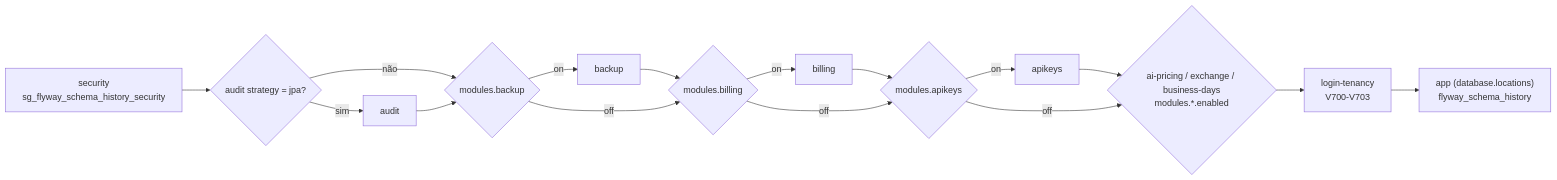
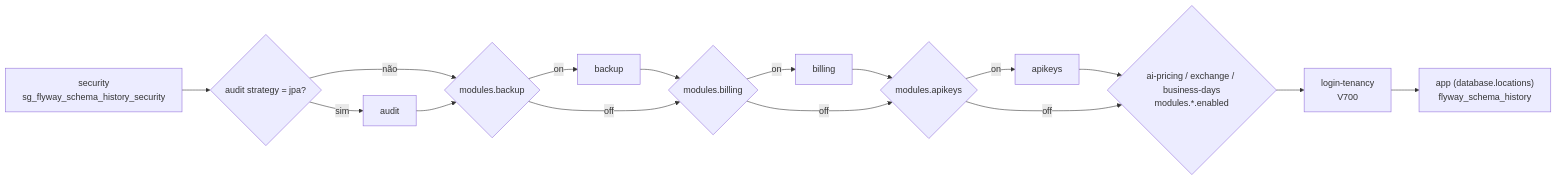
The diagram in seedgridKB/SeedGrid/Extensions/login-tenancy/Visao-geral.md (SeedGrid/seedgrid-ai), drawn with Mermaid before and after one commit. The commit also changed other lines of this file and 26 other files, not shown here.

````diff
--- a/seedgridKB/SeedGrid/Extensions/login-tenancy/Visao-geral.md
+++ b/seedgridKB/SeedGrid/Extensions/login-tenancy/Visao-geral.md
@@ -60,14 +60,14 @@
 ```mermaid
 flowchart LR
     S[security<br/>sg_flyway_schema_history_security] --> A{audit strategy = jpa?}
     A -- sim --> AU[audit]
     A -- não --> B
     AU --> B{modules.backup}
     B -- on --> BK[backup] --> BI
     B -- off --> BI{modules.billing}
     BI -- on --> BL[billing] --> AK
     BI -- off --> AK{modules.apikeys}
     AK -- on --> AP[apikeys] --> X
     AK -- off --> X{ai-pricing / exchange / business-days<br/>modules.*.enabled}
-    X --> LT[login-tenancy<br/>V700-V703] --> APP["app (database.locations)<br/>flyway_schema_history"]
+    X --> LT[login-tenancy<br/>V700] --> APP["app (database.locations)<br/>flyway_schema_history"]
 ```
````
